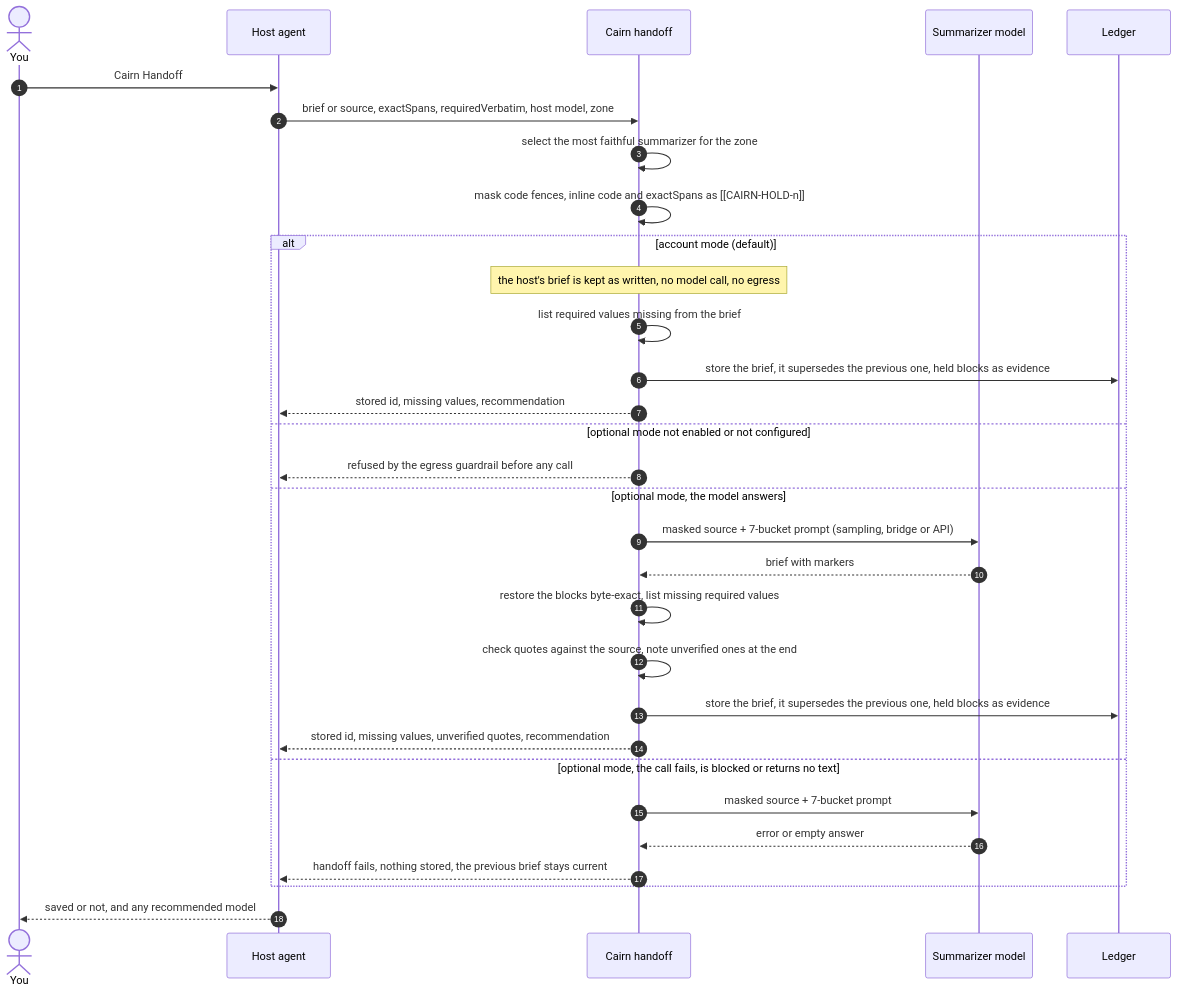
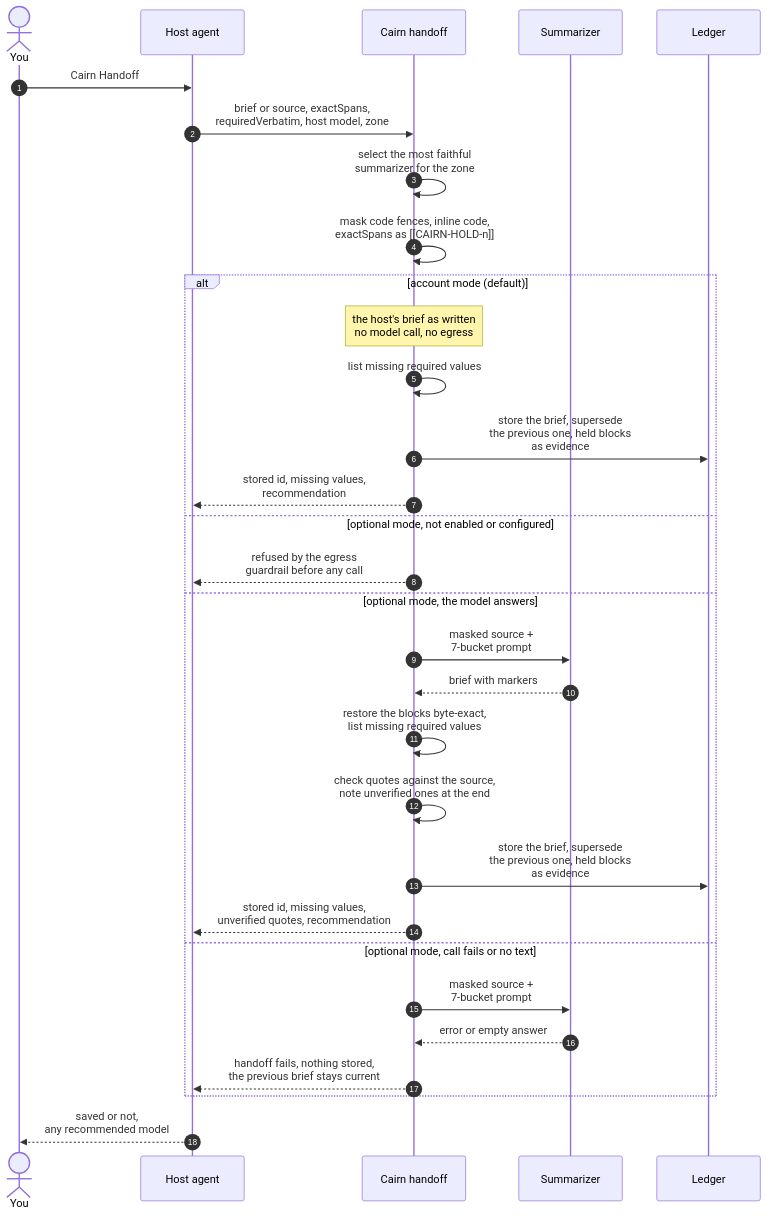
Before and after one commit to CheswickDEV/cairn: the fifth of 8 diagrams in README.md, drawn with Mermaid. The commit also changed other lines of this file, not shown here.

First line of the commit message:
docs(readme): diagram corrections from two independent reviews

````diff
--- a/README.md
+++ b/README.md
@@ -267,33 +264,33 @@
 ```mermaid
 sequenceDiagram
     autonumber
     actor U as You
     participant H as Host agent
     participant C as Cairn handoff
-    participant M as Summarizer model
+    participant M as Summarizer
     participant L as Ledger
     U->>H: Cairn Handoff
-    H->>C: brief or source, exactSpans, requiredVerbatim, host model, zone
-    C->>C: select the most faithful summarizer for the zone
-    C->>C: mask code fences, inline code and exactSpans as [[CAIRN-HOLD-n]]
+    H->>C: brief or source, exactSpans,<br/>requiredVerbatim, host model, zone
+    C->>C: select the most faithful<br/>summarizer for the zone
+    C->>C: mask code fences, inline code,<br/>exactSpans as [[CAIRN-HOLD-n]]
     alt account mode (default)
-        Note over C: the host's brief is kept as written, no model call, no egress
-        C->>C: list required values missing from the brief
-        C->>L: store the brief, it supersedes the previous one, held blocks as evidence
-        C-->>H: stored id, missing values, recommendation
-    else optional mode not enabled or not configured
-        C-->>H: refused by the egress guardrail before any call
+        Note over C: the host's brief as written<br/>no model call, no egress
+        C->>C: list missing required values
+        C->>L: store the brief, supersede<br/>the previous one, held blocks<br/>as evidence
+        C-->>H: stored id, missing values,<br/>recommendation
+    else optional mode, not enabled or configured
+        C-->>H: refused by the egress<br/>guardrail before any call
     else optional mode, the model answers
-        C->>M: masked source + 7-bucket prompt (sampling, bridge or API)
+        C->>M: masked source +<br/>7-bucket prompt
         M-->>C: brief with markers
-        C->>C: restore the blocks byte-exact, list missing required values
-        C->>C: check quotes against the source, note unverified ones at the end
-        C->>L: store the brief, it supersedes the previous one, held blocks as evidence
-        C-->>H: stored id, missing values, unverified quotes, recommendation
-    else optional mode, the call fails, is blocked or returns no text
-        C->>M: masked source + 7-bucket prompt
+        C->>C: restore the blocks byte-exact,<br/>list missing required values
+        C->>C: check quotes against the source,<br/>note unverified ones at the end
+        C->>L: store the brief, supersede<br/>the previous one, held blocks<br/>as evidence
+        C-->>H: stored id, missing values,<br/>unverified quotes, recommendation
+    else optional mode, call fails or no text
+        C->>M: masked source +<br/>7-bucket prompt
         M-->>C: error or empty answer
-        C-->>H: handoff fails, nothing stored, the previous brief stays current
+        C-->>H: handoff fails, nothing stored,<br/>the previous brief stays current
     end
-    H-->>U: saved or not, and any recommended model
+    H-->>U: saved or not,<br/>any recommended model
 ```
````
